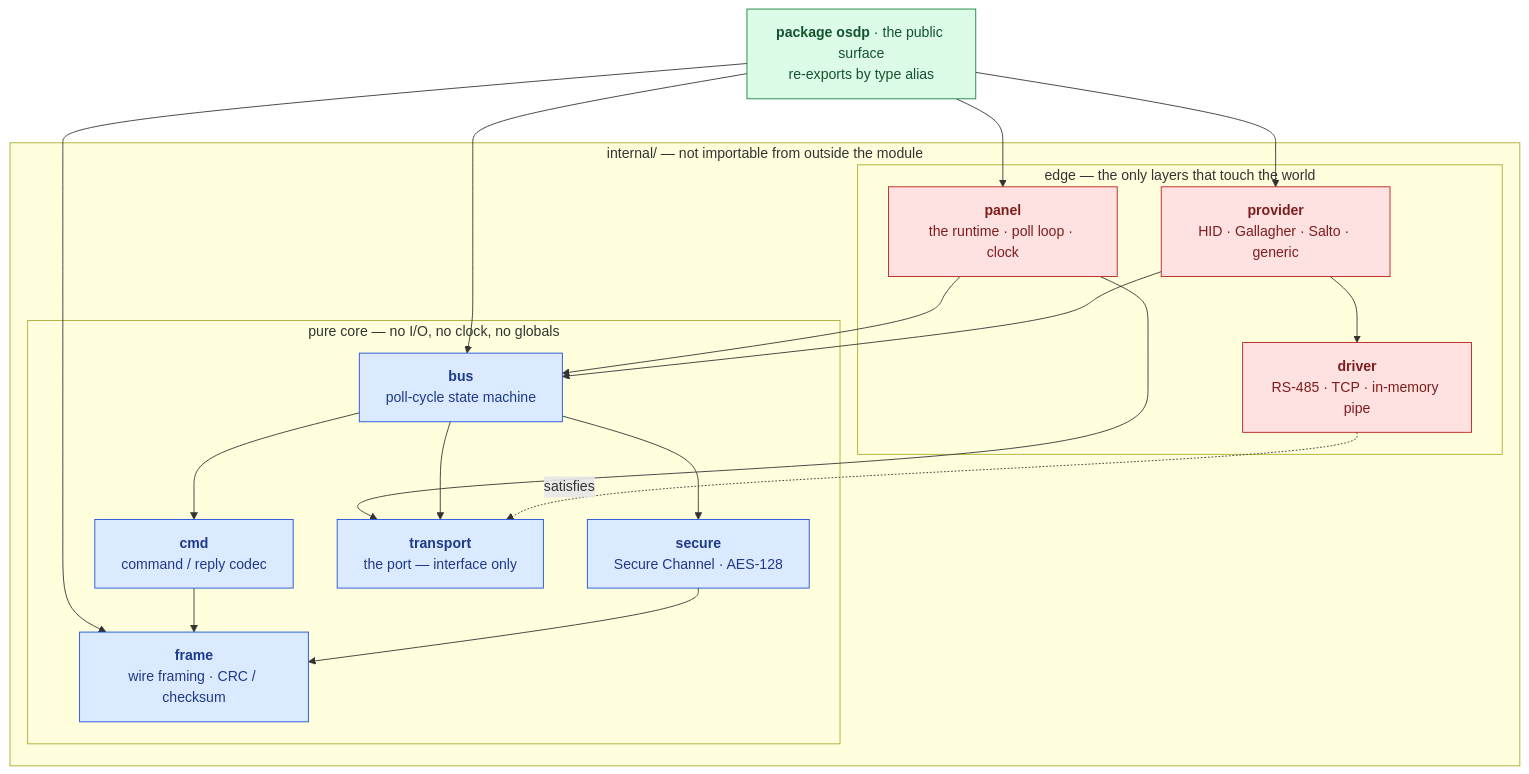
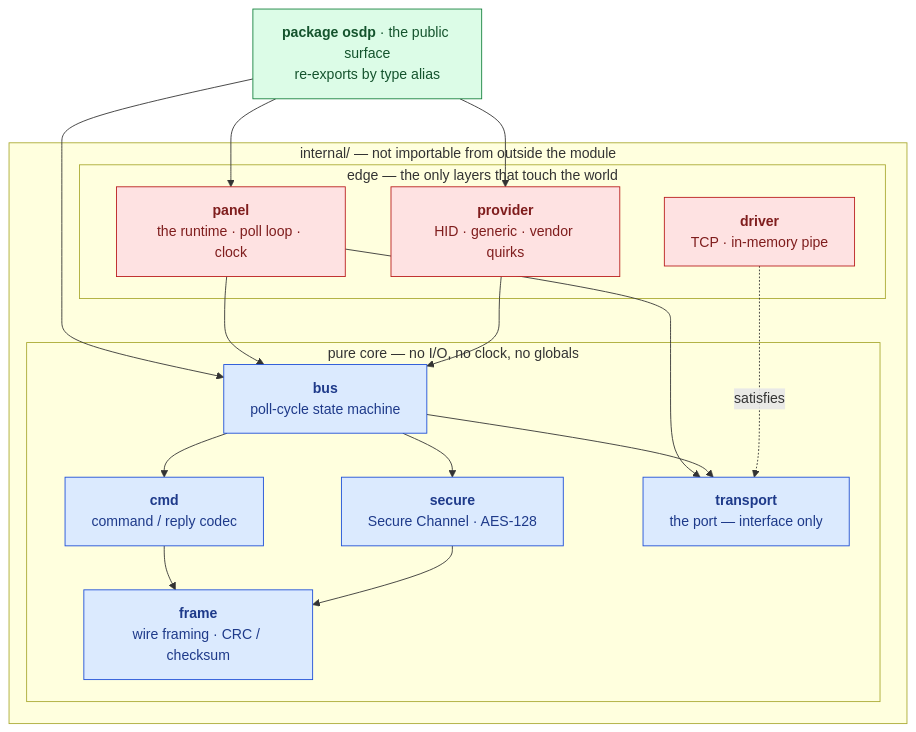
Before and after one commit to regalium-os/osdp-go: the diagram in README.md, drawn with Mermaid. The commit also changed other lines of this file, not shown here.

Commit message:
docs(README): update SDK description and architecture details

````diff
--- a/README.md
+++ b/README.md
@@ -12,42 +266,40 @@
 ```mermaid
 flowchart TB
     api["<b>package osdp</b> · the public surface<br/>re-exports by type alias"]
 
     subgraph internal["internal/ — not importable from outside the module"]
         subgraph edge["edge — the only layers that touch the world"]
             panel["<b>panel</b><br/>the runtime · poll loop · clock"]
-            provider["<b>provider</b><br/>HID · Gallagher · Salto · generic"]
-            driver["<b>driver</b><br/>RS-485 · TCP · in-memory pipe"]
+            provider["<b>provider</b><br/>HID · generic · vendor quirks"]
+            driver["<b>driver</b><br/>TCP · in-memory pipe"]
         end
 
         subgraph core["pure core — no I/O, no clock, no globals"]
             bus["<b>bus</b><br/>poll-cycle state machine"]
             cmd["<b>cmd</b><br/>command / reply codec"]
             secure["<b>secure</b><br/>Secure Channel · AES-128"]
             frame["<b>frame</b><br/>wire framing · CRC / checksum"]
             transport["<b>transport</b><br/>the port — interface only"]
         end
     end
 
     api --> panel
     api --> provider
     api --> bus
-    api --> frame
     panel --> bus
     panel --> transport
     provider --> bus
-    provider --> driver
     bus --> cmd
     bus --> secure
     bus --> transport
     cmd --> frame
     secure --> frame
     driver -. satisfies .-> transport
 
     classDef pure fill:#dbeafe,stroke:#1d4ed8,color:#1e3a8a
     classDef io fill:#fee2e2,stroke:#b91c1c,color:#7f1d1d
     classDef pub fill:#dcfce7,stroke:#15803d,color:#14532d
     class bus,cmd,secure,frame,transport pure
     class panel,provider,driver io
     class api pub
 ```
````
